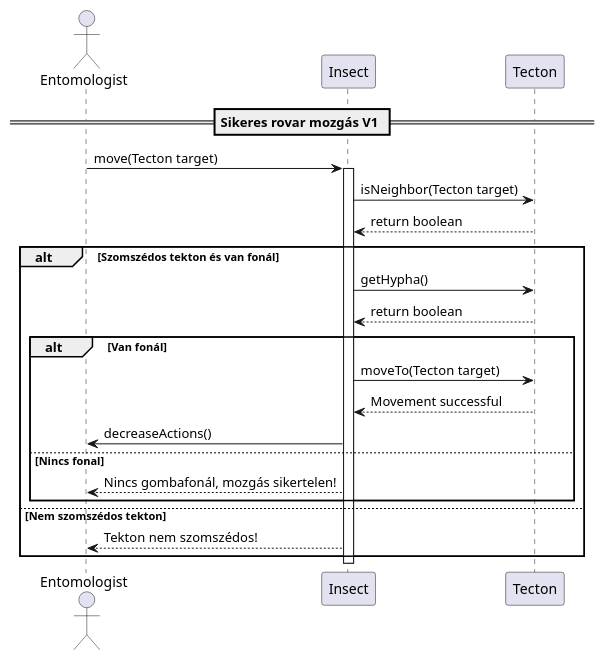
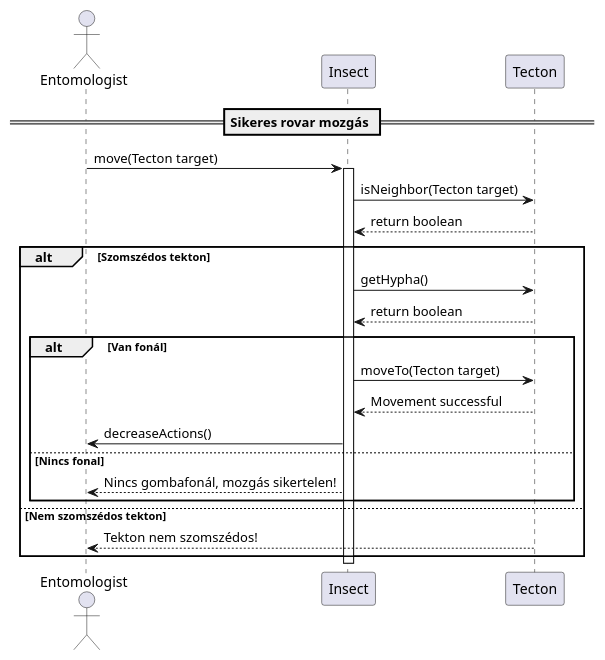
The diagram in UML/TestSequence/4.2-succ-move-insect.puml (hujberhunor/SzomiSztegoProjlab), drawn with PlantUML before and after one commit. The commit also changed 6 other files, not shown here.

```diff
--- a/UML/TestSequence/4.2-succ-move-insect.puml
+++ b/UML/TestSequence/4.2-succ-move-insect.puml
@@ -1,32 +1,32 @@
 @startuml
-== Sikeres rovar mozgás V1 ==
+== Sikeres rovar mozgás ==
 
 actor Entomologist
 participant Insect
 participant Tecton
 
 Entomologist -> Insect: move(Tecton target)
 activate Insect
 
 Insect -> Tecton: isNeighbor(Tecton target)
 Tecton --> Insect: return boolean
 
-alt Szomszédos tekton és van fonál
+alt Szomszédos tekton 
     Insect -> Tecton: getHypha()
     Tecton --> Insect: return boolean
     
     alt Van fonál
         Insect -> Tecton: moveTo(Tecton target)
         Tecton --> Insect: Movement successful
         Insect -> Entomologist: decreaseActions()
     else Nincs fonal
         Insect --> Entomologist: Nincs gombafonál, mozgás sikertelen!
     end
 else Nem szomszédos tekton
-    Insect --> Entomologist: Tekton nem szomszédos!
+    Tecton --> Entomologist: Tekton nem szomszédos!
 end
 
 deactivate Insect
 
 
 @enduml
```
